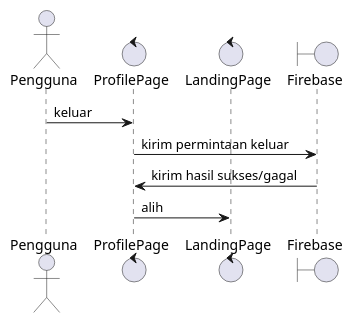
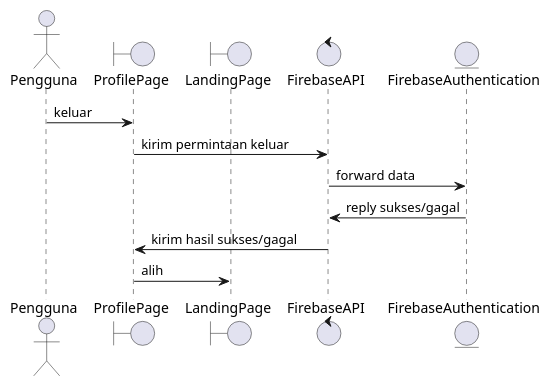
Before and after one commit to stnDinus/skpl_apbo_diagrams: the diagram in signout_seq.puml, drawn with PlantUML. The commit also changed 9 other files, not shown here.

Commit message:
fix: sequence diagram

```diff
--- a/signout_seq.puml
+++ b/signout_seq.puml
@@ -1,11 +1,14 @@
 @startuml
 actor Pengguna
-control ProfilePage
-control LandingPage
-boundary Firebase
+boundary ProfilePage
+boundary LandingPage
+control FirebaseAPI
+entity FirebaseAuthentication
 
 Pengguna -> ProfilePage: keluar
-ProfilePage -> Firebase: kirim permintaan keluar
-Firebase -> ProfilePage: kirim hasil sukses/gagal
+ProfilePage -> FirebaseAPI: kirim permintaan keluar
+FirebaseAPI -> FirebaseAuthentication: forward data
+FirebaseAPI <- FirebaseAuthentication: reply sukses/gagal
+FirebaseAPI -> ProfilePage: kirim hasil sukses/gagal
 ProfilePage -> LandingPage: alih
 @enduml
```
